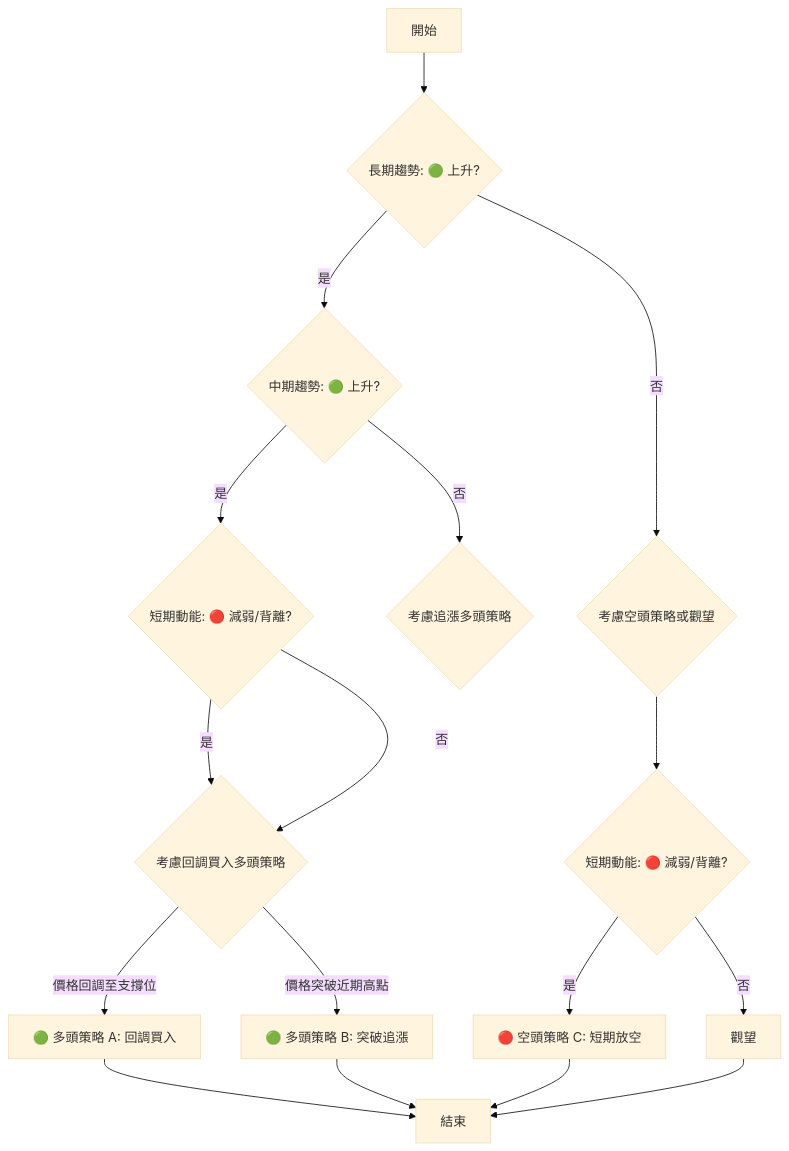
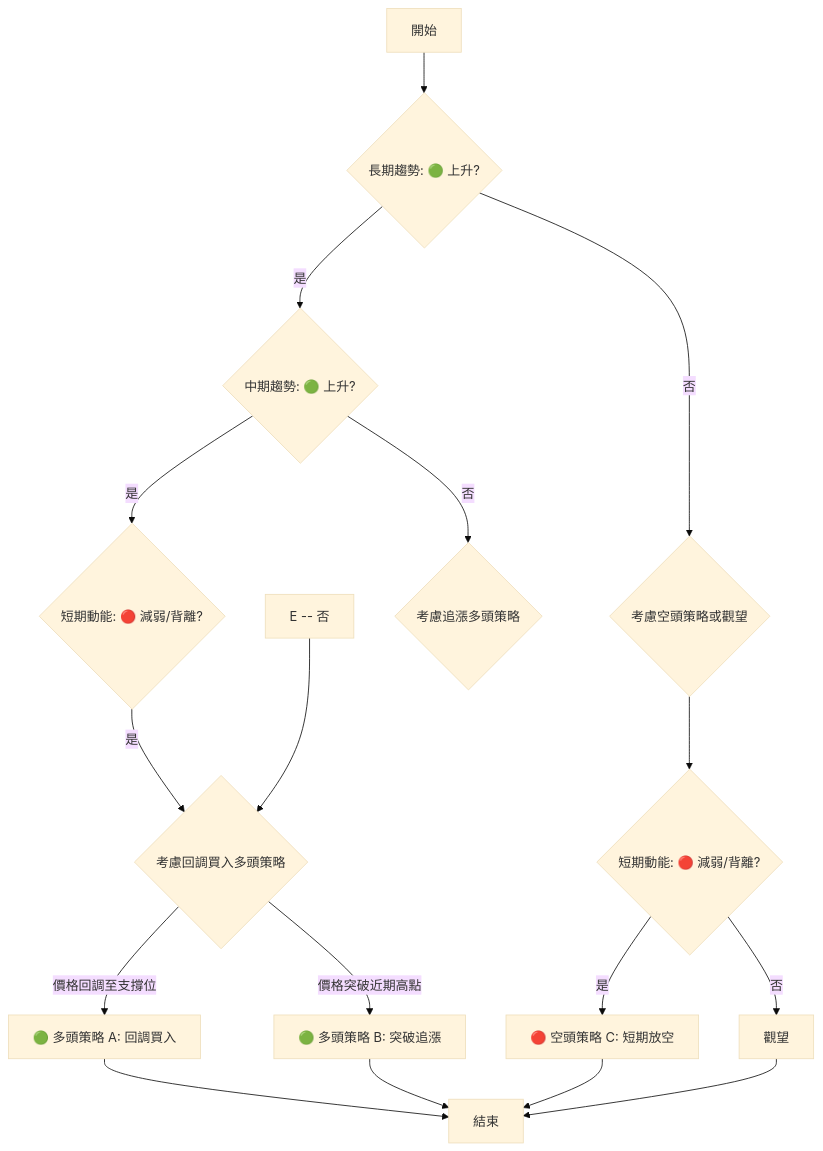
Before and after one commit to yennanliu/finance_data: the eighth of 9 diagrams in ai_gen_report/stock/2330.tw/technical_analysis_2026-06-30_gemini.md, drawn with Mermaid (base theme). The commit also changed other lines of this file and 2258 other files, not shown here.

First line of the commit message:
chore: backfill Mermaid syntax repair across existing reports

````diff
--- a/ai_gen_report/stock/2330.tw/technical_analysis_2026-06-30_gemini.md
+++ b/ai_gen_report/stock/2330.tw/technical_analysis_2026-06-30_gemini.md
@@ -633,24 +633,24 @@
 ```mermaid
 graph TD
-    A[開始] --> B{長期趨勢: 🟢 上升?}
-    B -- 是 --> C{中期趨勢: 🟢 上升?}
-    B -- 否 --> D{考慮空頭策略或觀望}
+    A["開始"] --> B{"長期趨勢: 🟢 上升?"}
+    B -- 是 --> C{"中期趨勢: 🟢 上升?"}
+    B -- 否 --> D{"考慮空頭策略或觀望"}
 
-    C -- 是 --> E{短期動能: 🔴 減弱/背離?}
-    C -- 否 --> F{考慮追漲多頭策略}
+    C -- 是 --> E{"短期動能: 🔴 減弱/背離?"}
+    C -- 否 --> F{"考慮追漲多頭策略"}
 
-    E -- 是 --> G{考慮回調買入多頭策略}
-    E -- 否 --> G
+    E -- 是 --> G{"考慮回調買入多頭策略"}
+    nb1["E -- 否"] --> G
 
-    G -- 價格回調至支撐位 --> H[🟢 多頭策略 A: 回調買入]
-    G -- 價格突破近期高點 --> I[🟢 多頭策略 B: 突破追漲]
+    G -- 價格回調至支撐位 --> H["🟢 多頭策略 A: 回調買入"]
+    G -- 價格突破近期高點 --> I["🟢 多頭策略 B: 突破追漲"]
 
-    D --> J{短期動能: 🔴 減弱/背離?}
-    J -- 是 --> K[🔴 空頭策略 C: 短期放空]
-    J -- 否 --> L[觀望]
+    D --> J{"短期動能: 🔴 減弱/背離?"}
+    J -- 是 --> K["🔴 空頭策略 C: 短期放空"]
+    J -- 否 --> L["觀望"]
 
-    H --> M[結束]
+    H --> M["結束"]
     I --> M
     K --> M
     L --> M
 ```
````
